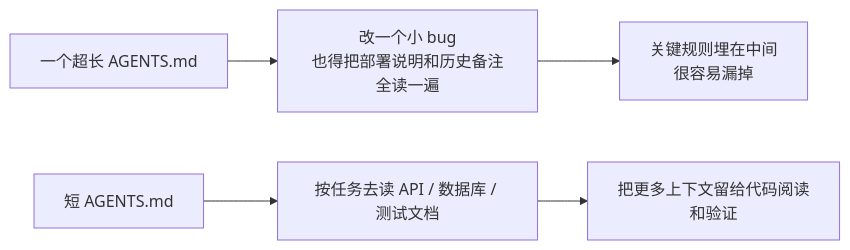
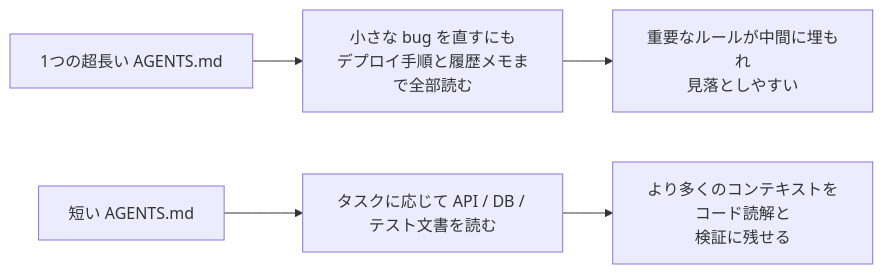
One commit to mkusaka/learn-harness-engineering changed the first of 2 diagrams in docs/zh/lectures/lecture-04-why-one-giant-instruction-file-fails/index.md. Above: the diagram before and after it, drawn with Mermaid. The commit also changed other lines of this file and 571 other files, not shown here.

````diff
--- a/docs/zh/lectures/lecture-04-why-one-giant-instruction-file-fails/index.md
+++ b/docs/zh/lectures/lecture-04-why-one-giant-instruction-file-fails/index.md
@@ -39,8 +39,8 @@
 ```mermaid
 flowchart LR
-    Mono["一个超长 AGENTS.md"] --> MonoLoad["改一个小 bug<br/>也得把部署说明和历史备注全读一遍"]
-    MonoLoad --> MonoRisk["关键规则埋在中间<br/>很容易漏掉"]
+    Mono["1つの超長い AGENTS.md"] --> MonoLoad["小さな bug を直すにも<br/>デプロイ手順と履歴メモまで全部読む"]
+    MonoLoad --> MonoRisk["重要なルールが中間に埋もれ<br/>見落としやすい"]
 
-    Router["短 AGENTS.md"] --> Topics["按任务去读 API / 数据库 / 测试文档"]
-    Topics --> RoutedResult["把更多上下文留给代码阅读<br/>和验证"]
+    Router["短い AGENTS.md"] --> Topics["タスクに応じて API / DB / テスト文書を読む"]
+    Topics --> RoutedResult["より多くのコンテキストをコード読解と<br/>検証に残せる"]
 ```
````
